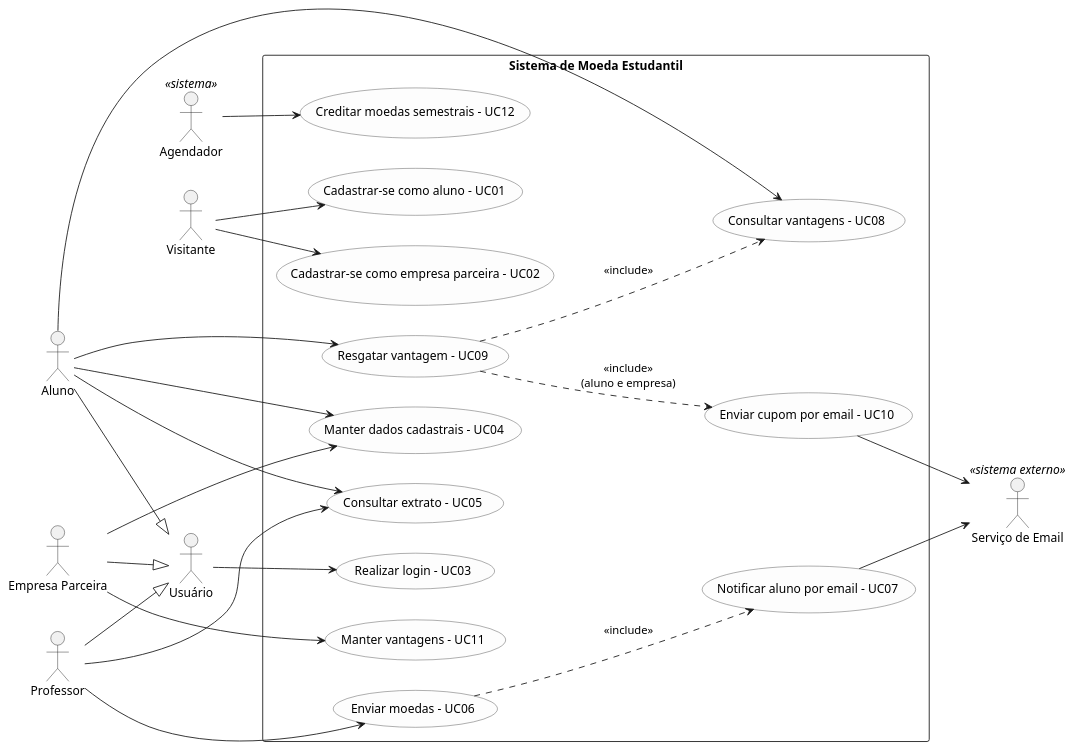
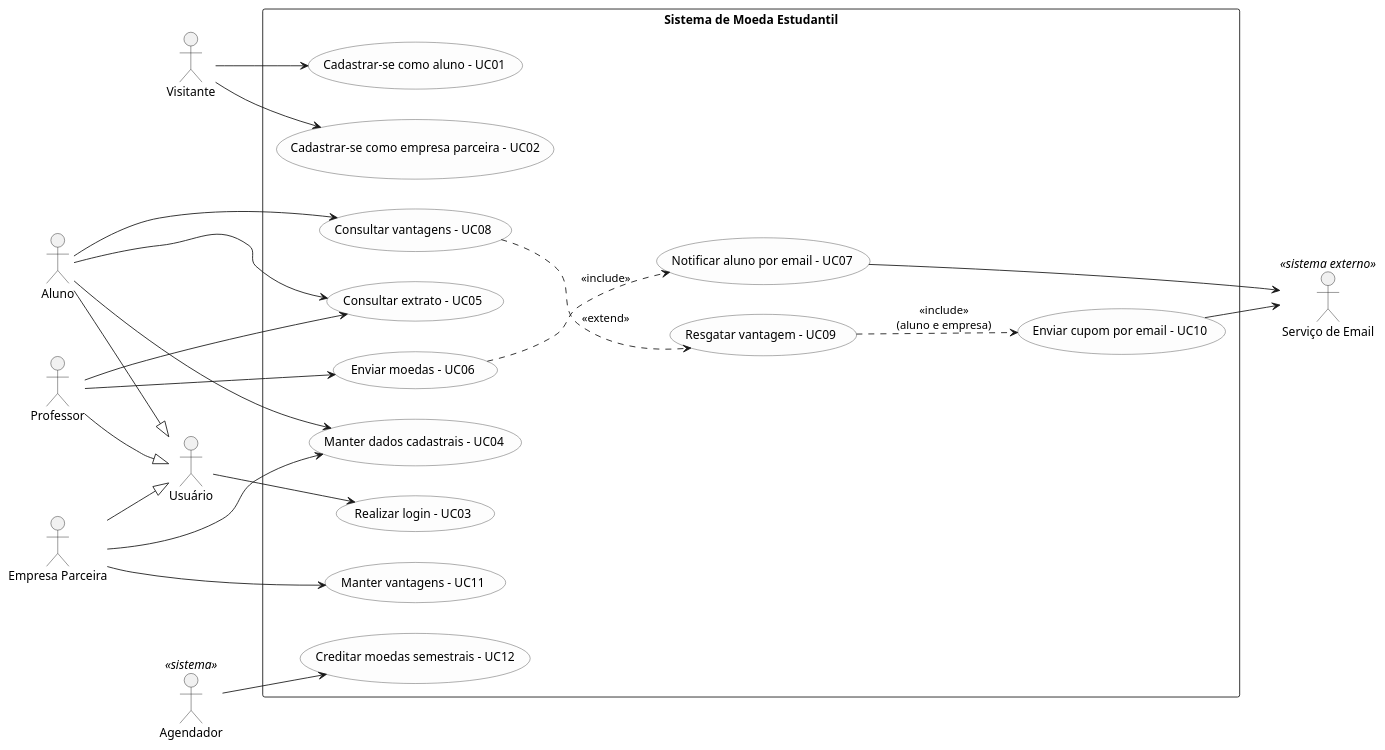
Before and after one commit to pazzutti/lab03-sistema-moeda-estudantil: the diagram in docs/diagramas/casos-de-uso.puml, drawn with PlantUML. The commit also changed 1 other file, not shown here.

```diff
--- a/docs/diagramas/casos-de-uso.puml
+++ b/docs/diagramas/casos-de-uso.puml
@@ -1,79 +1,78 @@
 @startuml casos_de_uso_moeda
 ' =====================================================================
 ' Sistema de Moeda Estudantil
 ' Diagrama de Casos de Uso - Lab03S01
 ' Fonte versionada em docs/diagramas/casos-de-uso.puml
 ' Casos de uso derivados das Historias de Usuario (docs/historias-de-usuario.md)
 ' =====================================================================
 
 left to right direction
 skinparam packageStyle rectangle
 skinparam shadowing false
 skinparam usecase {
   BackgroundColor #FDFDFD
   BorderColor #444444
 }
 
 ' ============================== ATORES ===============================
 actor Visitante
 actor Usuario as "Usuário"
 actor Aluno
 actor Professor
 actor Empresa as "Empresa Parceira"
 actor Agendador <<sistema>>
 actor Email as "Serviço de Email" <<sistema externo>>
 
 Aluno --|> Usuario
 Professor --|> Usuario
 Empresa --|> Usuario
 
 rectangle "Sistema de Moeda Estudantil" {
 
   ' --- Cadastro e acesso (HU01-HU04, HU11-HU12) ---
   usecase "Cadastrar-se como aluno - UC01" as UC01
   usecase "Cadastrar-se como empresa parceira - UC02" as UC02
   usecase "Realizar login - UC03" as UC03
   usecase "Manter dados cadastrais - UC04" as UC04
 
   ' --- Moedas (HU05-HU06, HU09-HU10) ---
   usecase "Consultar extrato - UC05" as UC05
   usecase "Enviar moedas - UC06" as UC06
   usecase "Notificar aluno por email - UC07" as UC07
 
   ' --- Vantagens (HU07-HU08, HU13-HU15) ---
+  usecase "Resgatar vantagem - UC09" as UC09
   usecase "Consultar vantagens - UC08" as UC08
-  usecase "Resgatar vantagem - UC09" as UC09
   usecase "Enviar cupom por email - UC10" as UC10
   usecase "Manter vantagens - UC11" as UC11
 
   ' --- Sistema (HU16) ---
   usecase "Creditar moedas semestrais - UC12" as UC12
 }
 
 ' ============================ ASSOCIACOES =============================
 Visitante --> UC01
 Visitante --> UC02
 Usuario --> UC03
 
 Aluno --> UC04
 Aluno --> UC05
 Aluno --> UC08
-Aluno --> UC09
 
 Professor --> UC05
 Professor --> UC06
 
 Empresa --> UC04
 Empresa --> UC11
 
 Agendador --> UC12
 
 UC07 --> Email
 UC10 --> Email
 
 ' ========================= INCLUDE / EXTEND ============================
+UC08 ..> UC09 : <<extend>>
 UC06 ..> UC07 : <<include>>
-UC09 ..> UC08 : <<include>>
 UC09 ..> UC10 : <<include>>\n(aluno e empresa)
 
 @enduml
```
